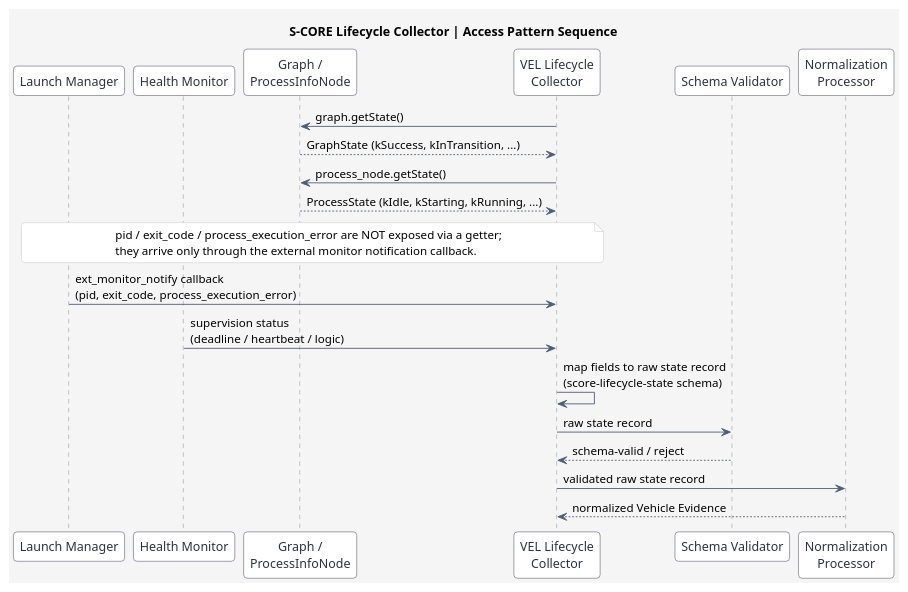
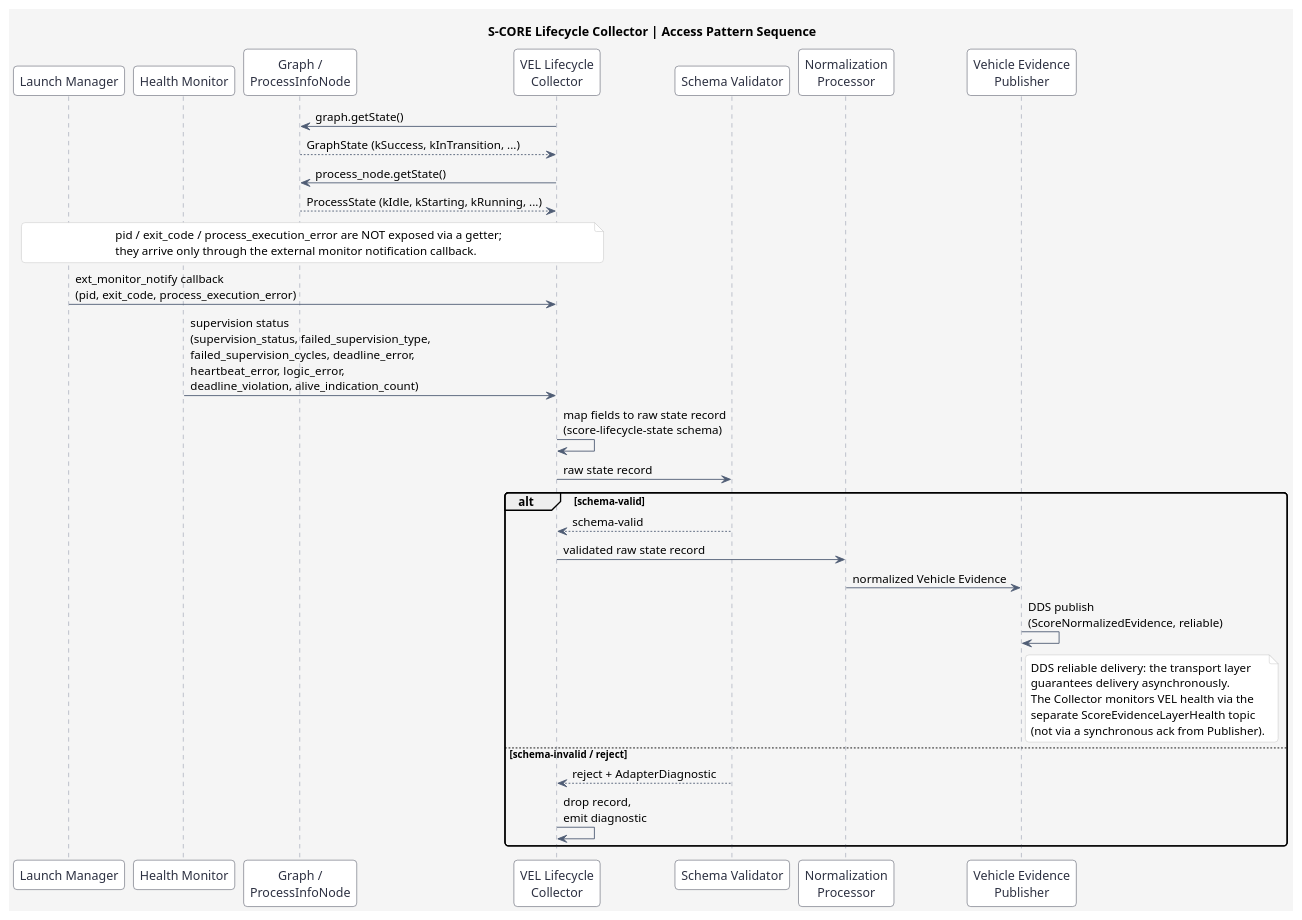
One commit to akshayg0314/vel changed the diagram in docs/features/diagrams/lifecycle/Lifecycle_collector_sequence.puml. Above: the diagram before and after it, drawn with PlantUML. The commit also changed 5 other files, not shown here.

First line of the commit message:
docs(diagrams): extend lifecycle diagrams with Health Monitor supervision fields

```diff
--- a/docs/features/diagrams/lifecycle/Lifecycle_collector_sequence.puml
+++ b/docs/features/diagrams/lifecycle/Lifecycle_collector_sequence.puml
@@ -1,39 +1,53 @@
 @startuml
 title S-CORE Lifecycle Collector | Access Pattern Sequence
 skinparam backgroundColor #F5F5F5
 skinparam shadowing false
 skinparam roundCorner 8
 skinparam ArrowColor #4F5D75
 skinparam sequenceParticipantBorderColor #2D3142
 skinparam sequenceParticipantBackgroundColor #FFFFFF
 skinparam sequenceParticipantFontColor #2D3142
 skinparam sequenceLifeLineBorderColor #7A8399
 skinparam noteBackgroundColor #FFFFFF
 skinparam noteBorderColor #BFC0C0
 
 participant "Launch Manager" as LM
 participant "Health Monitor" as HM
 participant "Graph /\nProcessInfoNode" as State
 participant "VEL Lifecycle\nCollector" as Collector
 participant "Schema Validator" as Validator
 participant "Normalization\nProcessor" as Normalizer
+participant "Vehicle Evidence\nPublisher" as Publisher
 
 Collector -> State : graph.getState()
 State --> Collector : GraphState (kSuccess, kInTransition, ...)
 Collector -> State : process_node.getState()
 State --> Collector : ProcessState (kIdle, kStarting, kRunning, ...)
 
 note over Collector, LM
 pid / exit_code / process_execution_error are NOT exposed via a getter;
 they arrive only through the external monitor notification callback.
 end note
 
 LM -> Collector : ext_monitor_notify callback\n(pid, exit_code, process_execution_error)
-HM -> Collector : supervision status\n(deadline / heartbeat / logic)
+HM -> Collector : supervision status\n(supervision_status, failed_supervision_type,\nfailed_supervision_cycles, deadline_error,\nheartbeat_error, logic_error,\ndeadline_violation, alive_indication_count)
 
 Collector -> Collector : map fields to raw state record\n(score-lifecycle-state schema)
 Collector -> Validator : raw state record
-Validator --> Collector : schema-valid / reject
-Collector -> Normalizer : validated raw state record
-Normalizer --> Collector : normalized Vehicle Evidence
+alt schema-valid
+  Validator --> Collector : schema-valid
+  Collector -> Normalizer : validated raw state record
+  Normalizer -> Publisher : normalized Vehicle Evidence
+  Publisher -> Publisher : DDS publish\n(ScoreNormalizedEvidence, reliable)
+  note right of Publisher
+    DDS reliable delivery: the transport layer
+    guarantees delivery asynchronously.
+    The Collector monitors VEL health via the
+    separate ScoreEvidenceLayerHealth topic
+    (not via a synchronous ack from Publisher).
+  end note
+else schema-invalid / reject
+  Validator --> Collector : reject + AdapterDiagnostic
+  Collector -> Collector : drop record,\nemit diagnostic
+end
 @enduml
```
